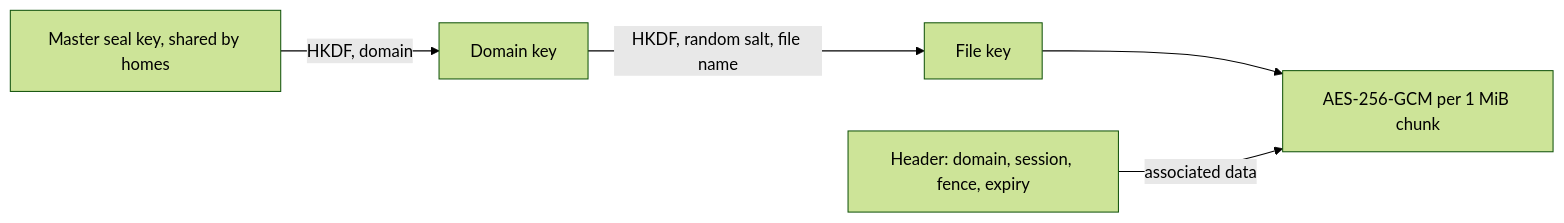
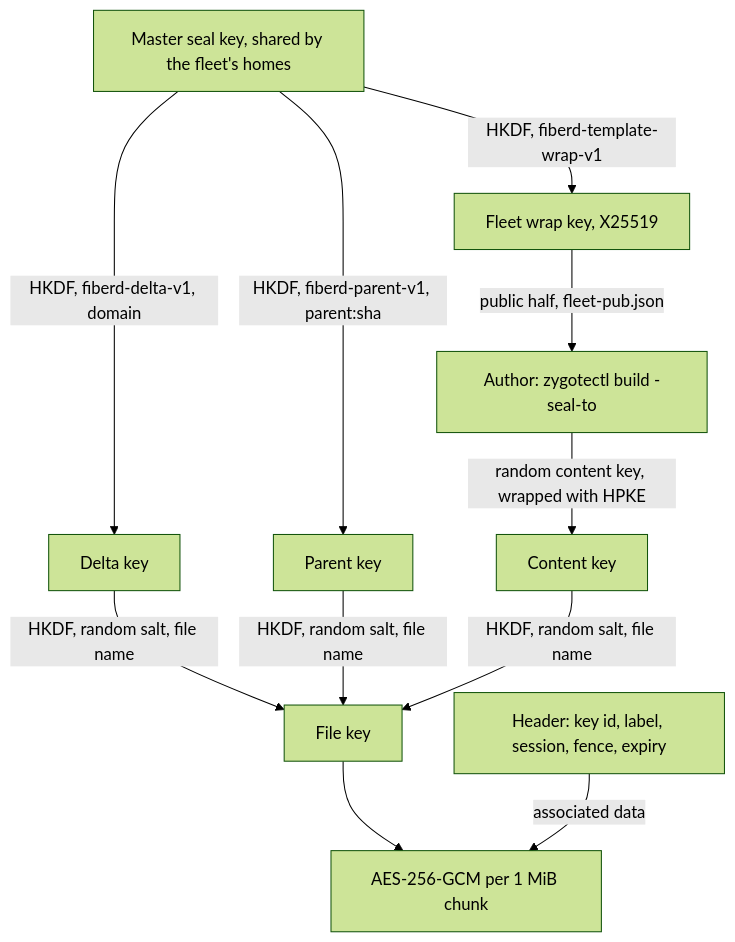
One commit to helayoty/fiberd changed the second of 2 diagrams in docs/design/artifact.md. Above: the diagram before and after it, drawn with Mermaid (forest theme). The commit also changed other lines of this file and 8 other files, not shown here.

````diff
--- a/docs/design/artifact.md
+++ b/docs/design/artifact.md
@@ -30,7 +33,11 @@
 ```mermaid
-flowchart LR
-  M[Master seal key, shared by homes] -->|HKDF, domain| K[Domain key]
-  K -->|HKDF, random salt, file name| F[File key]
+flowchart TD
+  M[Master seal key, shared by the fleet's homes] -->|"HKDF, fiberd-delta-v1, domain"| DK[Delta key]
+  M -->|"HKDF, fiberd-parent-v1, parent:sha"| PK[Parent key]
+  M -->|"HKDF, fiberd-template-wrap-v1"| WK[Fleet wrap key, X25519]
+  WK -->|public half, fleet-pub.json| AU[Author: zygotectl build -seal-to]
+  AU -->|random content key, wrapped with HPKE| CK[Content key]
+  DK & PK & CK -->|"HKDF, random salt, file name"| F[File key]
   F --> A[AES-256-GCM per 1 MiB chunk]
-  H[Header: domain, session, fence, expiry] -->|associated data| A
+  H[Header: key id, label, session, fence, expiry] -->|associated data| A
 ```
````
